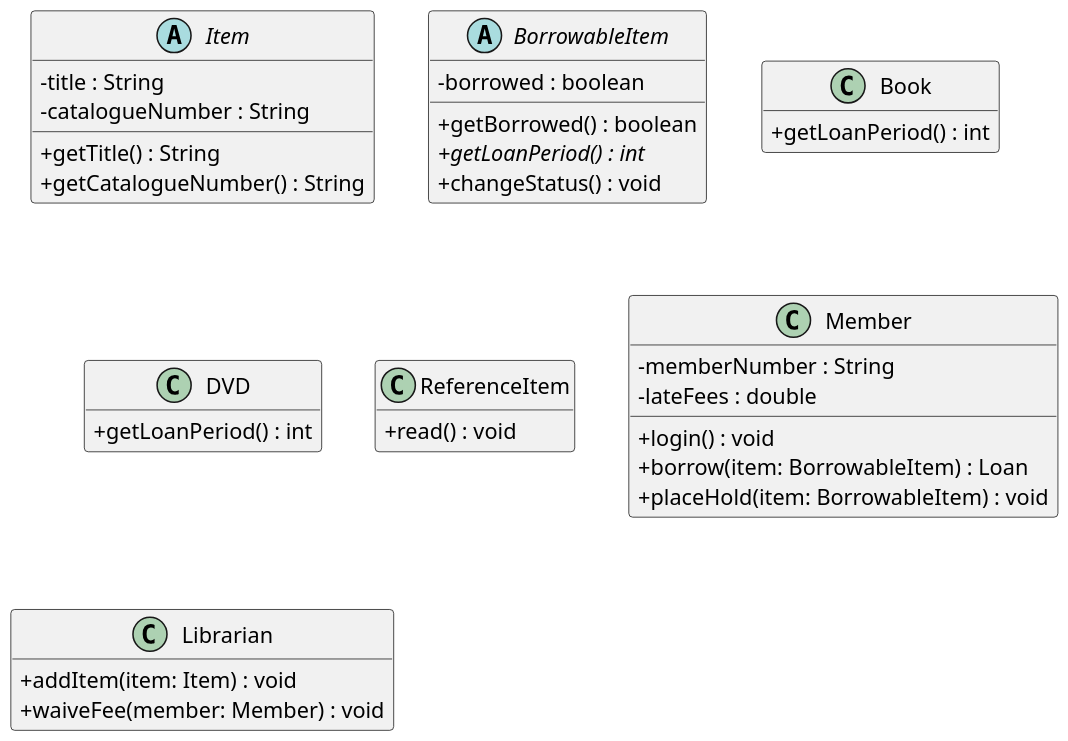
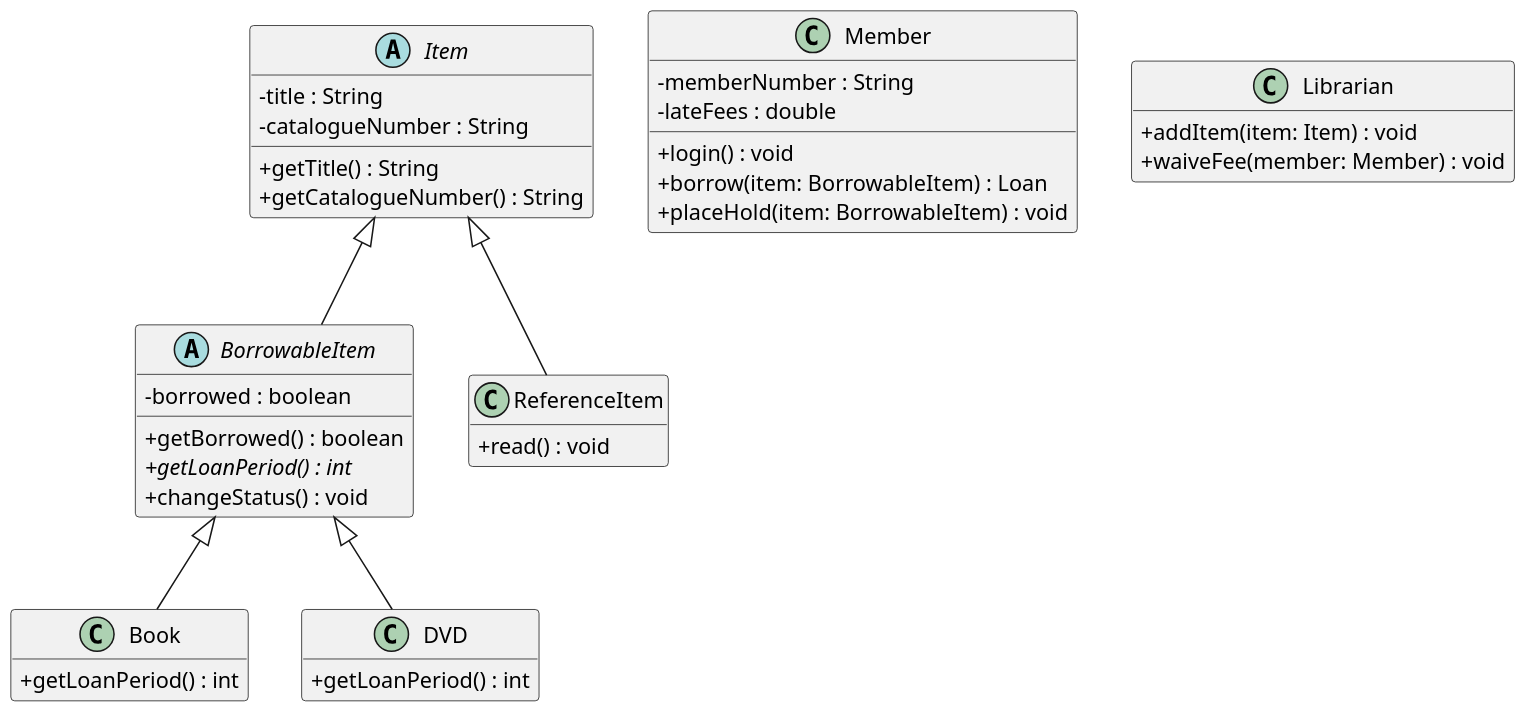
One commit to danielya150/207-course-notes changed the diagram in plantuml/exercises/library-uml-starter.puml. Above: the diagram before and after it, drawn with PlantUML.

Commit message:
Added class relationships

```diff
--- a/plantuml/exercises/library-uml-starter.puml
+++ b/plantuml/exercises/library-uml-starter.puml
@@ -1,68 +1,71 @@
 @startuml
 skinparam dpi 150
 skinparam classAttributeIconSize 0
 hide empty members
 
 ' Your task (Chapter 8, Question 1): draw the UML class diagram for the library
 ' specification — items, books, DVDs, reference-only items, members, librarians,
 ' and holds.
 '
 ' Define each type as a box, then connect them with the right arrows. One box
 ' (Item) is filled in as an example — decide on the rest yourself. There is more
 ' than one defensible answer.
 '
 ' PlantUML cheat-sheet:
 '   interface Name { + method() : Type }
 '   abstract class Name { # field : Type }
 '   class Name { - field : Type }
 '   Parent    <|-- Child    ' generalization: Child extends Parent
 '   Interface <|.. Class    ' realization:    Class implements Interface
 ' (Putting the parent/interface on the LEFT of the arrow keeps it on top, which
 '  is the convention used in these notes.)
 
 abstract class Item {
   - title : String
   - catalogueNumber : String
   + getTitle() : String
   + getCatalogueNumber() : String
 }
 
 abstract class BorrowableItem {
   - borrowed : boolean
   + getBorrowed() : boolean
   + {abstract} getLoanPeriod() : int
   + changeStatus() : void
 }
 
 class Book {
   + getLoanPeriod() : int
 }
 
 class DVD {
   + getLoanPeriod() : int
 }
 
 class ReferenceItem {
   + read() : void
 }
 
 class Member {
   - memberNumber : String
   - lateFees : double
   + login() : void
   + borrow(item: BorrowableItem) : Loan
   + placeHold(item: BorrowableItem) : void
 }
 
 class Librarian {
   + addItem(item: Item) : void
   + waiveFee(member: Member) : void
 }
 
-
+Item <|-- BorrowableItem
+Item <|-- ReferenceItem
+BorrowableItem <|-- Book
+BorrowableItem <|-- DVD
 ' TODO: add whatever represents a hold, and connect it to the classes that need
 '       to know about it.
 
 ' TODO: add the arrows between all of your types.
 
 @enduml
```
